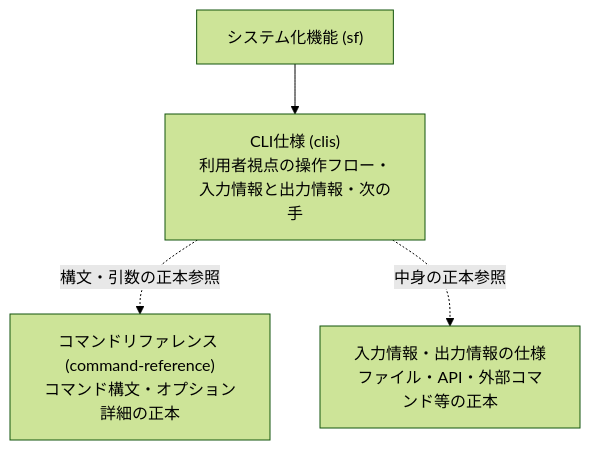
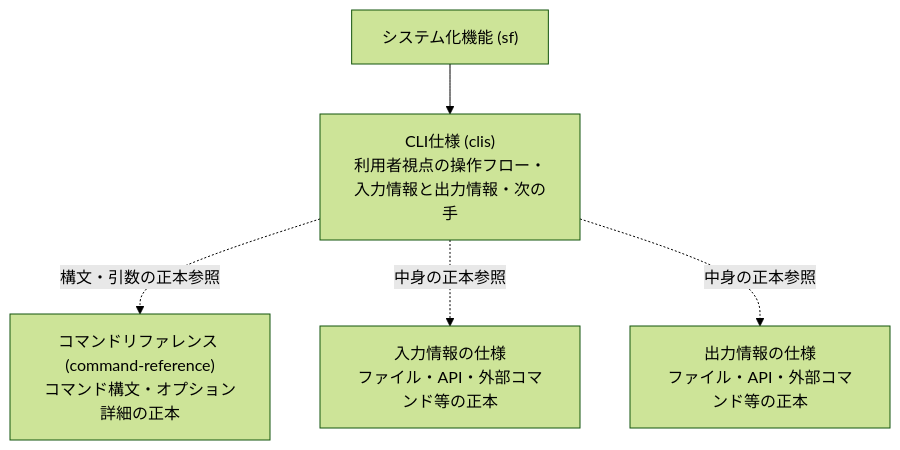
The diagram in docs/ja/specdojo/rulebooks/clis-rulebook.md (specdojo/specdojo), drawn with Mermaid (forest theme) before and after one commit. The commit also changed other lines of this file and 1 other file, not shown here.

First line of the commit message:
docs(clis): 図の入力情報と出力情報を分け、API の種類に外部を明記する

````diff
--- a/docs/ja/specdojo/rulebooks/clis-rulebook.md
+++ b/docs/ja/specdojo/rulebooks/clis-rulebook.md
@@ -51,6 +51,7 @@
 ```mermaid
 graph TD
     SF["システム化機能 (sf)"] --> CLIS["CLI仕様 (clis)<br/>利用者視点の操作フロー・入力情報と出力情報・次の手"]
     CLIS -.->|"構文・引数の正本参照"| CMDREF["コマンドリファレンス (command-reference)<br/>コマンド構文・オプション詳細の正本"]
-    CLIS -.->|"中身の正本参照"| IOSPEC["入力情報・出力情報の仕様<br/>ファイル・API・外部コマンド等の正本"]
+    CLIS -.->|"中身の正本参照"| IN["入力情報の仕様<br/>ファイル・API・外部コマンド等の正本"]
+    CLIS -.->|"中身の正本参照"| OUT["出力情報の仕様<br/>ファイル・API・外部コマンド等の正本"]
 ```
````
